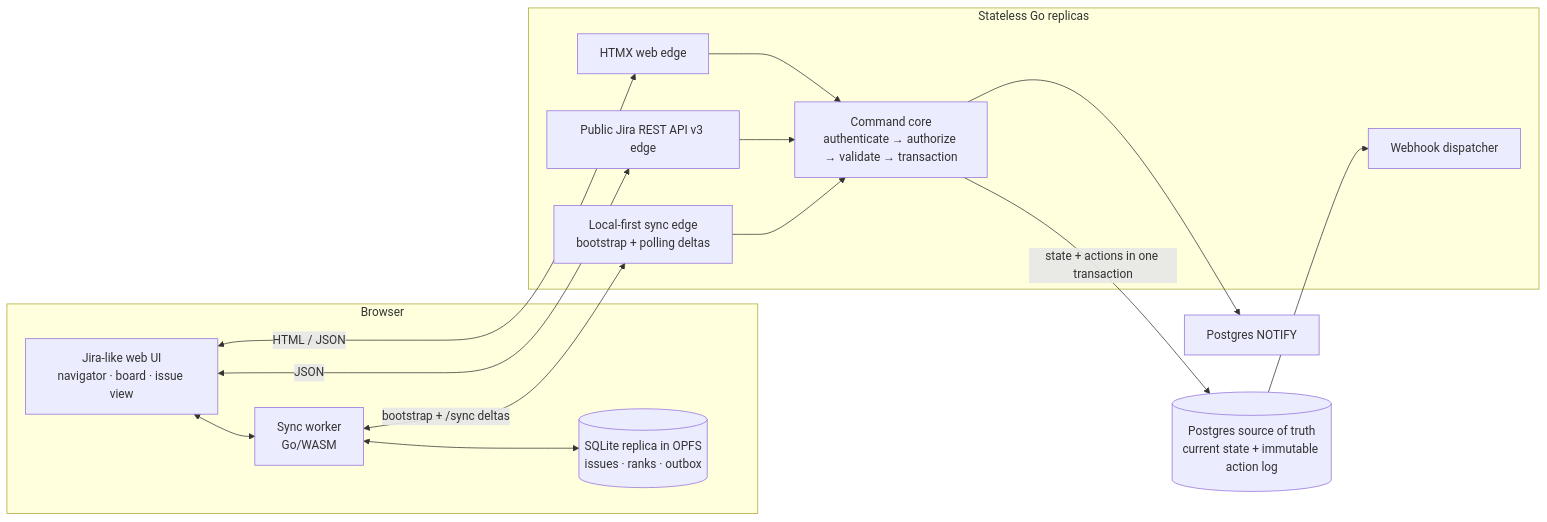
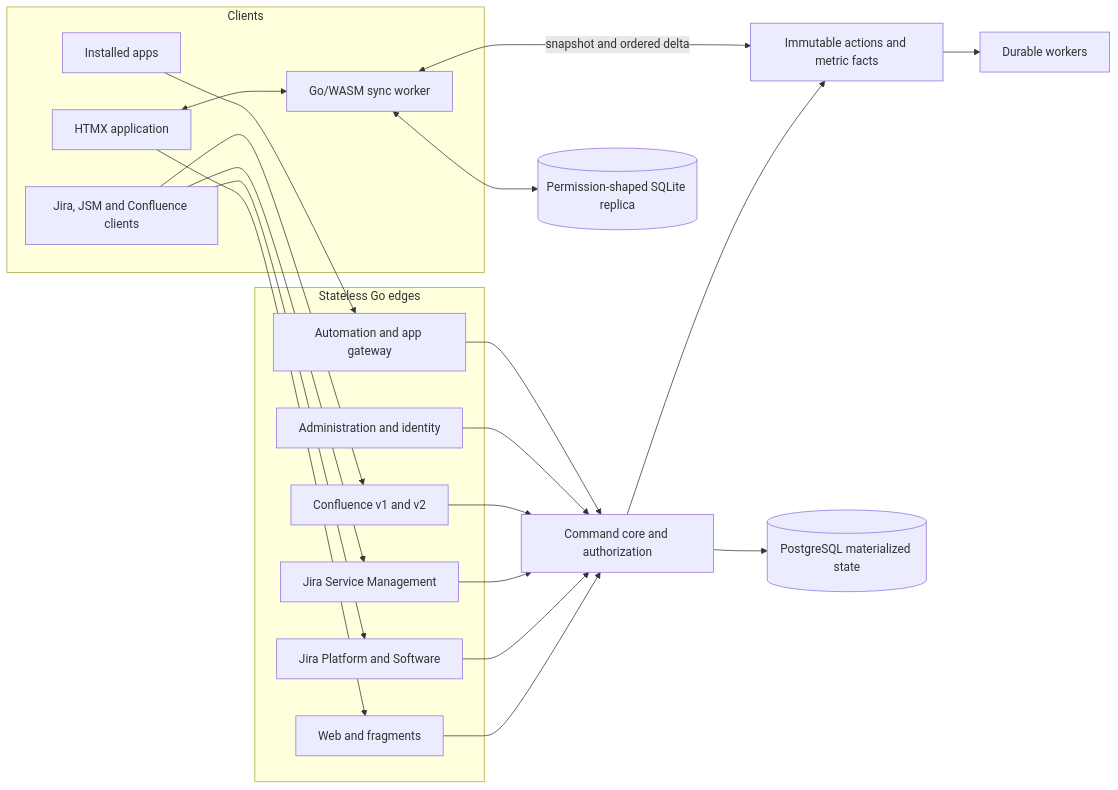
Before and after one commit to e6qu/zzira: the second of 2 diagrams in PLAN.md, drawn with Mermaid. The commit also changed other lines of this file and 387 other files, not shown here.

````diff
--- a/PLAN.md
+++ b/PLAN.md
@@ -89,31 +394,42 @@
 ```mermaid
 flowchart LR
-    subgraph browser[Browser]
-        ui[Jira-like web UI<br/>navigator · board · issue view]
-        worker[Sync worker<br/>Go/WASM]
-        replica[(SQLite replica in OPFS<br/>issues · ranks · outbox)]
-        ui <--> worker
-        worker <--> replica
+    subgraph clients[Clients]
+      browser[HTMX application]
+      worker[Go/WASM sync worker]
+      sdk[Jira, JSM and Confluence clients]
+      apps[Installed apps]
+      browser <--> worker
     end
 
-    subgraph server[Stateless Go replicas]
-        web[HTMX web edge]
-        rest[Public Jira REST API v3 edge]
-        sync[Local-first sync edge<br/>bootstrap + polling deltas]
-        commands[Command core<br/>authenticate → authorize → validate → transaction]
-        web --> commands
-        rest --> commands
-        sync --> commands
-        hooks[Webhook dispatcher]
+    subgraph edges[Stateless Go edges]
+      web[Web and fragments]
+      jira[Jira Platform and Software]
+      service[Jira Service Management]
+      wiki[Confluence v1 and v2]
+      admin[Administration and identity]
+      automation[Automation and app gateway]
     end
 
-    postgres[(Postgres source of truth<br/>current state + immutable action log)]
-    notify[Postgres NOTIFY]
+    command[Command core and authorization]
+    facts[Immutable actions and metric facts]
+    database[(PostgreSQL materialized state)]
+    jobs[Durable workers]
+    replica[(Permission-shaped SQLite replica)]
 
-    ui <-->|HTML / JSON| web
-    ui <-->|JSON| rest
-    worker <-->|bootstrap + /sync deltas| sync
-    commands -->|state + actions in one transaction| postgres
-    commands --> notify
-    postgres --> hooks
+    browser --> web
+    sdk --> jira
+    sdk --> service
+    sdk --> wiki
+    apps --> automation
+    web --> command
+    jira --> command
+    service --> command
+    wiki --> command
+    admin --> command
+    automation --> command
+    command --> database
+    command --> facts
+    facts --> jobs
+    worker <--> replica
+    worker <-->|snapshot and ordered delta| facts
 ```
````
